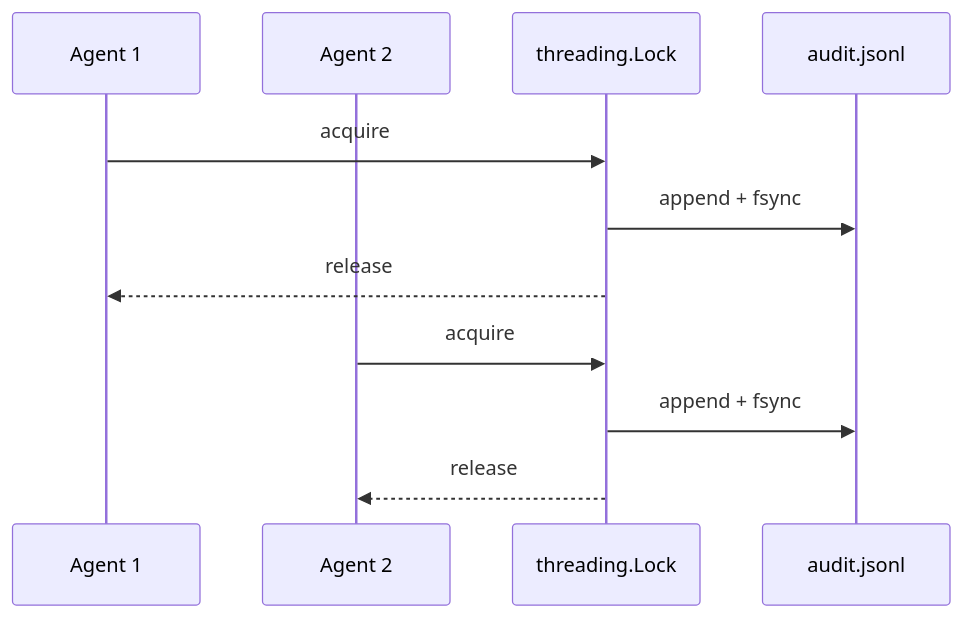
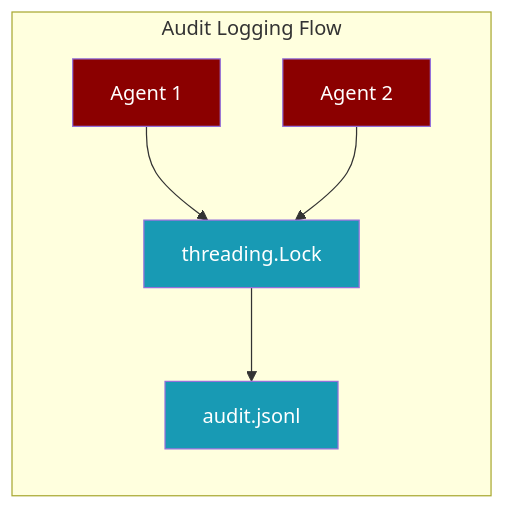
Before and after one commit to MervinPraison/PraisonAIDocs: the diagram in docs/features/audit-logging.mdx, drawn with Mermaid. The commit also changed 24 other files, not shown here.

````diff
--- a/docs/features/audit-logging.mdx
+++ b/docs/features/audit-logging.mdx
@@ -10,14 +10,14 @@
 ```mermaid
-sequenceDiagram
-    participant A1 as Agent 1
-    participant A2 as Agent 2
-    participant Lock as threading.Lock
-    participant Log as audit.jsonl
-
-    A1->>Lock: acquire
-    Lock->>Log: append + fsync
-    Lock-->>A1: release
-    A2->>Lock: acquire
-    Lock->>Log: append + fsync
-    Lock-->>A2: release
+graph LR
+    subgraph "Audit Logging Flow"
+        A1[Agent 1] --> Lock[threading.Lock]
+        A2[Agent 2] --> Lock
+        Lock --> Log[audit.jsonl]
+    end
+    
+    classDef agent fill:#8B0000,color:#fff
+    classDef tool fill:#189AB4,color:#fff
+    
+    class A1,A2 agent
+    class Lock,Log tool
 ```
````
